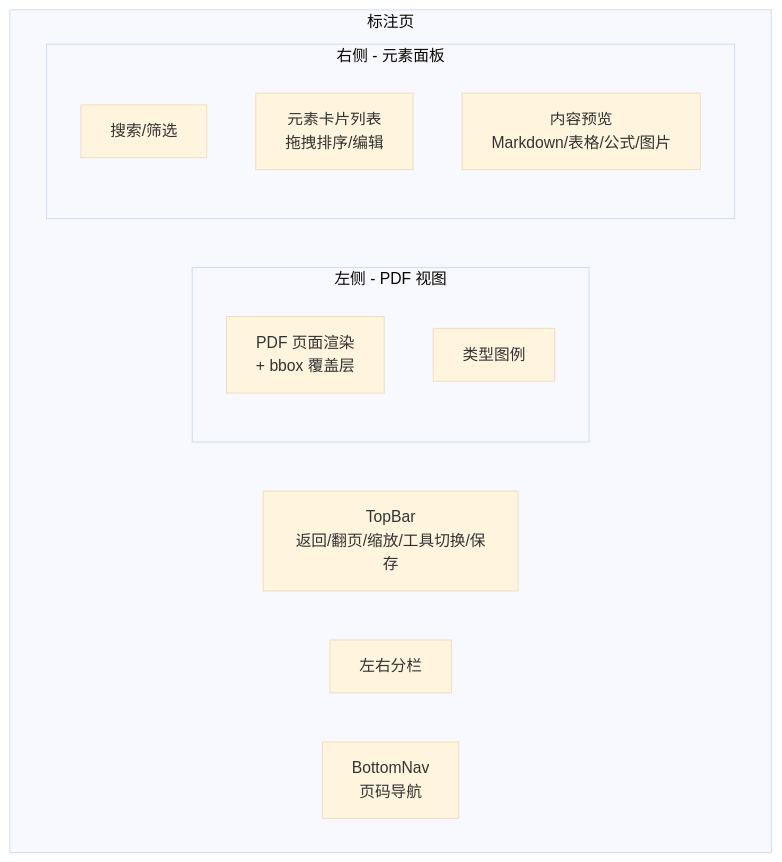
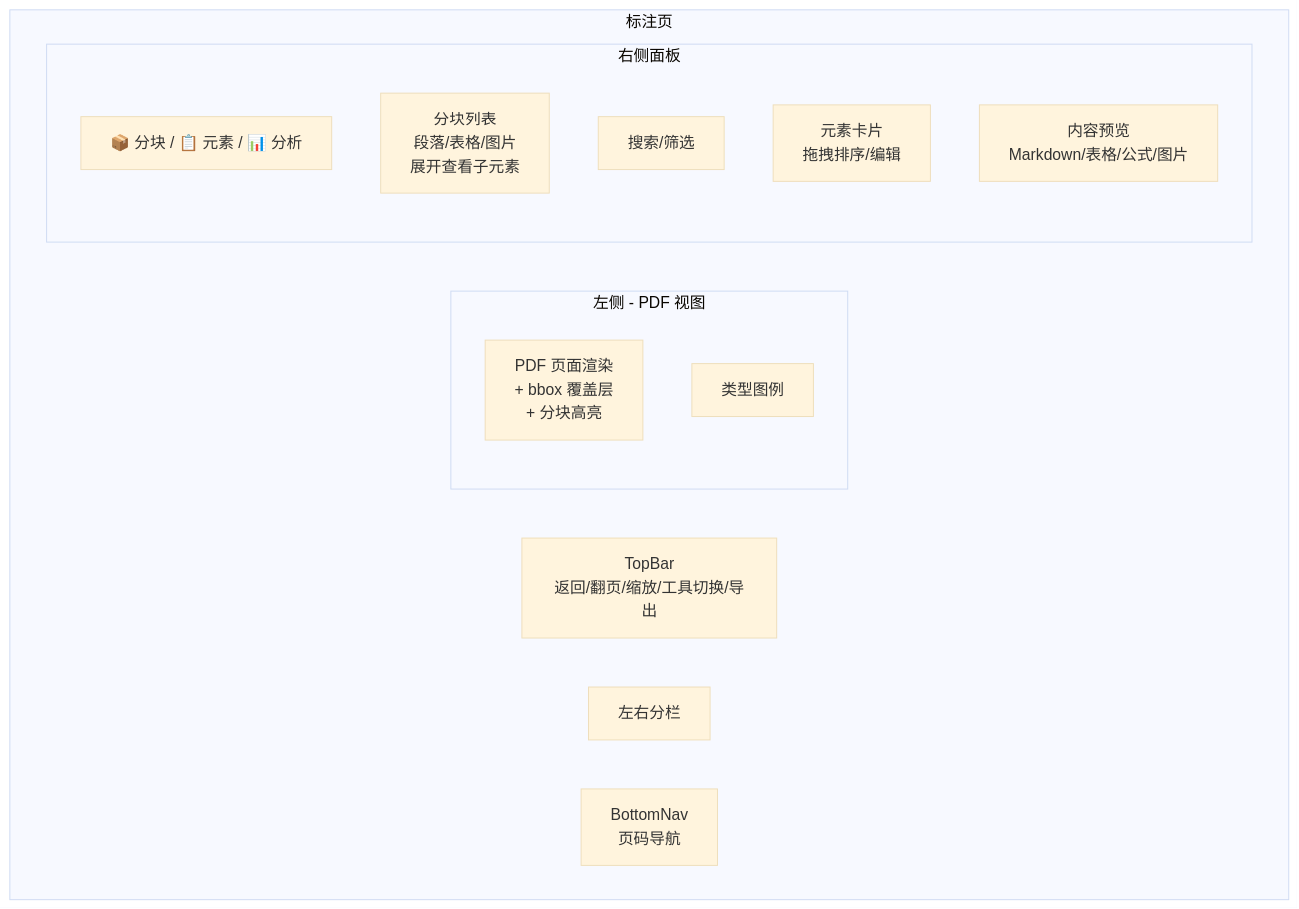
Before and after one commit to catnlp/doc_parser_data_engine: the second of 5 diagrams in README.md, drawn with Mermaid (base theme). The commit also changed other lines of this file and 17 other files, not shown here.

First line of the commit message:
feat: add chunk list view, ZIP export with chunks, and README docs

````diff
--- a/README.md
+++ b/README.md
@@ -56,17 +62,19 @@
 ```mermaid
 flowchart TD
     subgraph 标注页
-        TB[TopBar<br/>返回/翻页/缩放/工具切换/保存]
+        TB[TopBar<br/>返回/翻页/缩放/工具切换/导出]
         LR[左右分栏]
         subgraph Left[左侧 - PDF 视图]
-            PDF[PDF 页面渲染<br/>+ bbox 覆盖层]
+            PDF[PDF 页面渲染<br/>+ bbox 覆盖层<br/>+ 分块高亮]
             LEGEND[类型图例]
         end
-        subgraph Right[右侧 - 元素面板]
+        subgraph Right[右侧面板]
+            TAB[📦 分块 / 📋 元素 / 📊 分析]
+            CHUNK[分块列表<br/>段落/表格/图片<br/>展开查看子元素]
             SEARCH[搜索/筛选]
-            LIST[元素卡片列表<br/>拖拽排序/编辑]
+            LIST[元素卡片<br/>拖拽排序/编辑]
             PREVIEW[内容预览<br/>Markdown/表格/公式/图片]
         end
         BN[BottomNav<br/>页码导航]
     end
 ```
````
